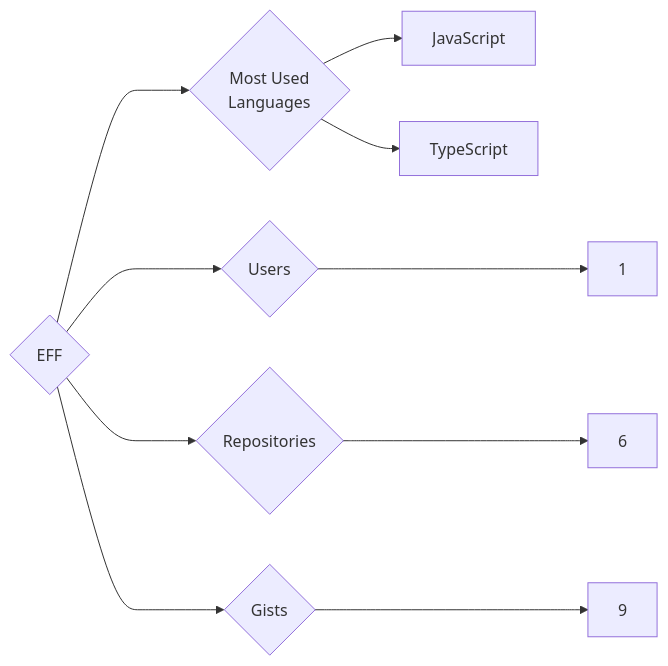
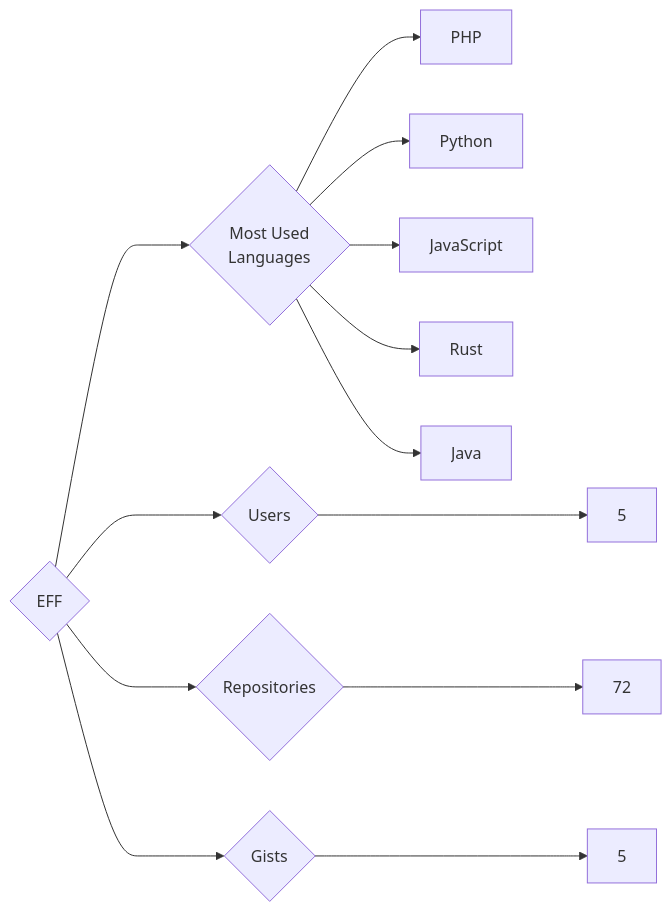
The diagram in targets/EFF/README.md (trickest/insiders), drawn with Mermaid before and after one commit. The commit also changed 1123 other files, not shown here.

````diff
--- a/targets/EFF/README.md
+++ b/targets/EFF/README.md
@@ -3,10 +3,13 @@
 ```mermaid
 graph LR
 COMPANY_NAME{EFF}
-COMPANY_NAME ---> U{Users} ---> UN[1]
-COMPANY_NAME ---> R{Repositories} ---> RN[6]
-COMPANY_NAME ---> G{Gists} ---> GN[9]
+COMPANY_NAME ---> U{Users} ---> UN[5]
+COMPANY_NAME ---> R{Repositories} ---> RN[72]
+COMPANY_NAME ---> G{Gists} ---> GN[5]
 COMPANY_NAME ---> ML{Most Used<br>Languages}
+ML --> PHP[PHP]
+ML --> Python[Python]
 ML --> JavaScript[JavaScript]
-ML --> TypeScript[TypeScript]
+ML --> Rust[Rust]
+ML --> Java[Java]
 ```
````
